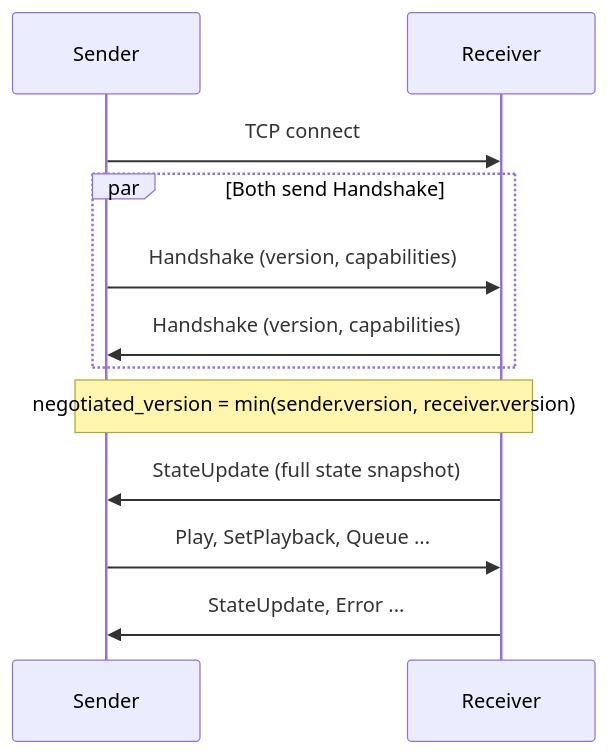
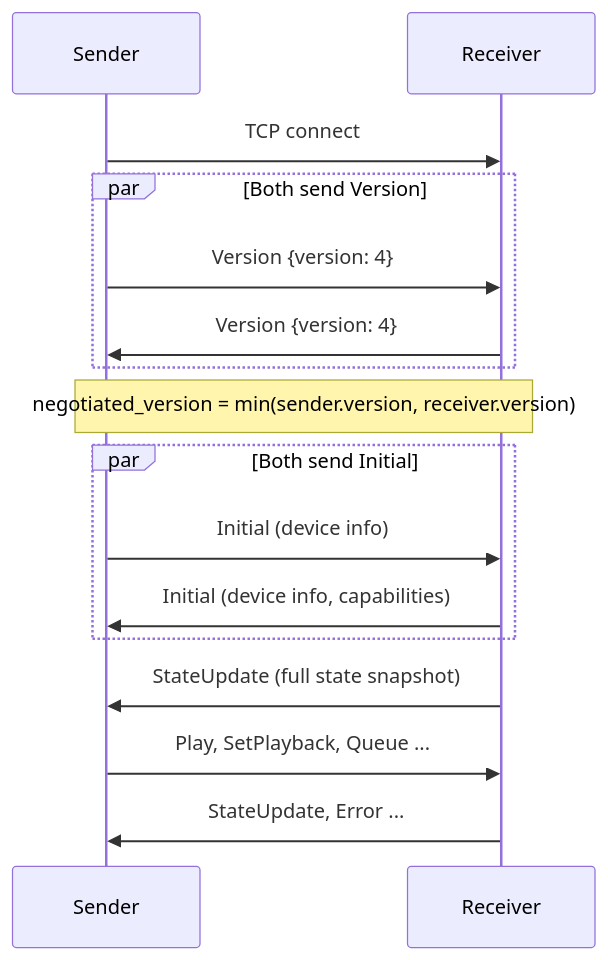
The first of 2 diagrams in docs/docs/protocol/v4.md (futo-org/fcast), drawn with Mermaid before and after one commit. The commit also changed other lines of this file and 3 other files, not shown here.

````diff
--- a/docs/docs/protocol/v4.md
+++ b/docs/docs/protocol/v4.md
@@ -141,15 +111,19 @@
 ``` mermaid
 sequenceDiagram
   participant S as Sender
   participant R as Receiver
 
   S->>R: TCP connect
-  par Both send Handshake
-    S->>R: Handshake (version, capabilities)
-    R->>S: Handshake (version, capabilities)
+  par Both send Version
+    S->>R: Version {version: 4}
+    R->>S: Version {version: 4}
   end
   Note over S,R: negotiated_version = min(sender.version, receiver.version)
+  par Both send Initial
+    S->>R: Initial (device info)
+    R->>S: Initial (device info, capabilities)
+  end
   R->>S: StateUpdate (full state snapshot)
   S->>R: Play, SetPlayback, Queue ...
   R->>S: StateUpdate, Error ...
 ```
````
